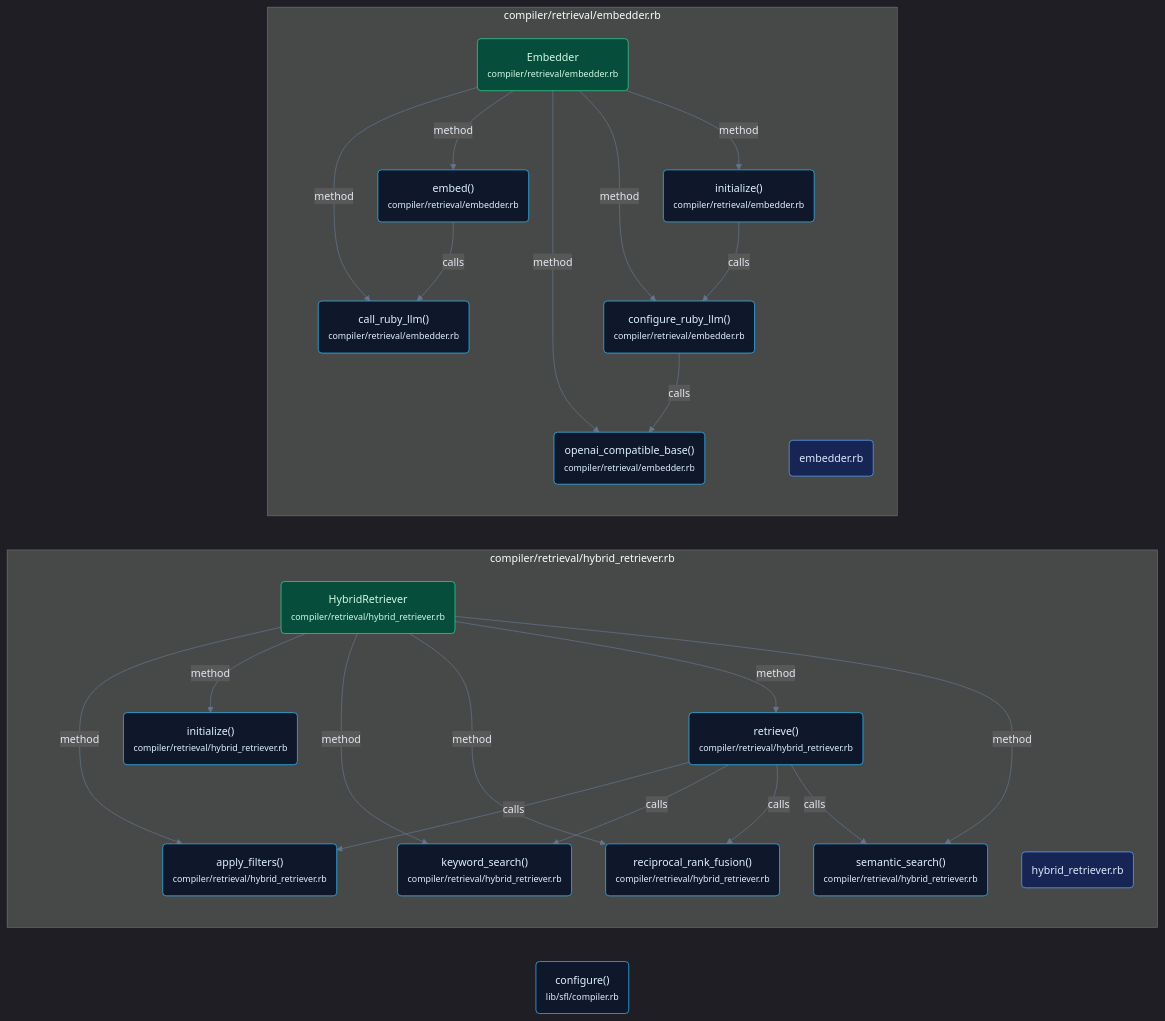
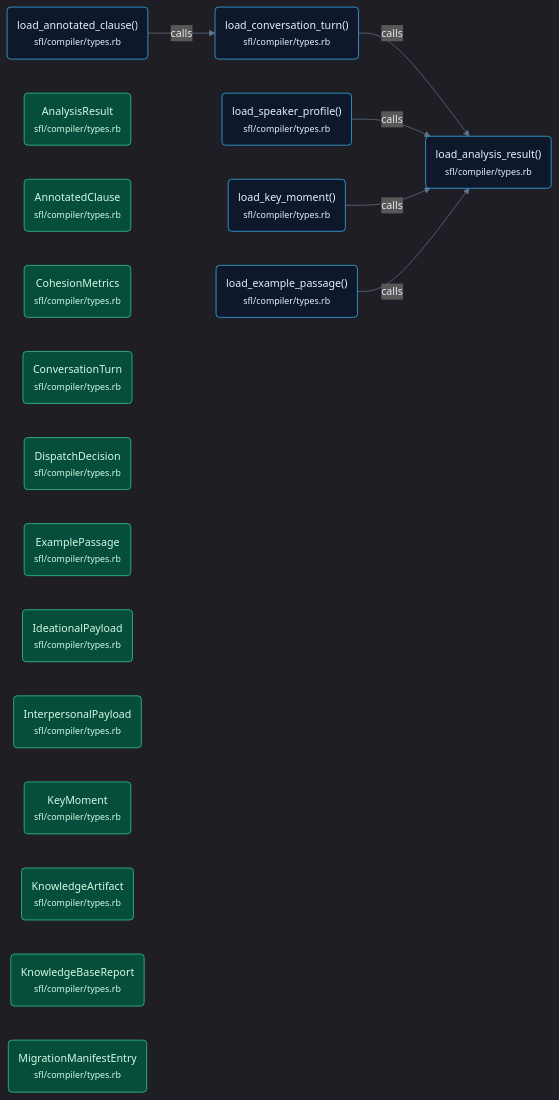
Before and after one commit to b08x/ruby-sfl-compiler: the diagram in docs/diagrams/callflow_7.mmd, drawn with Mermaid. The commit also changed 26 other files, not shown here.

First line of the commit message:
📝 docs: document modules, update architecture and roadmap

```diff
--- a/docs/diagrams/callflow_7.mmd
+++ b/docs/diagrams/callflow_7.mmd
@@ -1,66 +1,54 @@
 %%{init: {"theme": "dark", "themeVariables": {"fontSize": "15.0px", "fontFamily": "Segoe UI, system-ui, sans-serif", "primaryColor": "#1e293b", "primaryTextColor": "#e2e8f0", "primaryBorderColor": "#38bdf8", "secondaryColor": "#0f172a", "tertiaryColor": "#334155", "lineColor": "#64748b", "textColor": "#e2e8f0"}, "flowchart": {"htmlLabels": true, "curve": "basis", "nodeSpacing": 48, "rankSpacing": 64, "padding": 14, "diagramPadding": 10, "useMaxWidth": true}}}%%
 flowchart LR
-    %% Section: Serving API (16 nodes, 22 edges)
-    subgraph serve_api_compiler_retrieval_hybrid_retriever_rb_edab0fcc["compiler/retrieval/hybrid_retriever.rb"]
-        retrieval_hybrid_retriever_hybridretriever_be70b989("HybridRetriever<br/><small>compiler/retrieval/hybrid_retriever.rb</small>")
-        retrieval_hybrid_retriever_hybridretriever_retri_614a2f3b("retrieve()<br/><small>compiler/retrieval/hybrid_retriever.rb</small>")
-        retrieval_hybrid_retriever_hybridretriever_apply_95985841("apply_filters()<br/><small>compiler/retrieval/hybrid_retriever.rb</small>")
-        retrieval_hybrid_retriever_hybridretriever_initi_33e29682("initialize()<br/><small>compiler/retrieval/hybrid_retriever.rb</small>")
-        retrieval_hybrid_retriever_hybridretriever_keywo_b8a9169c("keyword_search()<br/><small>compiler/retrieval/hybrid_retriever.rb</small>")
-        retrieval_hybrid_retriever_hybridretriever_recip_07a4ff26("reciprocal_rank_fusion()<br/><small>compiler/retrieval/hybrid_retriever.rb</small>")
-        retrieval_hybrid_retriever_hybridretriever_seman_536c621c("semantic_search()<br/><small>compiler/retrieval/hybrid_retriever.rb</small>")
-        retrieval_hybrid_retriever_85ebcc67("hybrid_retriever.rb")
-    end
-    subgraph serve_api_compiler_retrieval_embedder_rb_f1a565d3["compiler/retrieval/embedder.rb"]
-        retrieval_embedder_embedder_18bbb897("Embedder<br/><small>compiler/retrieval/embedder.rb</small>")
-        retrieval_embedder_embedder_embed_63c12c1f("embed()<br/><small>compiler/retrieval/embedder.rb</small>")
-        retrieval_embedder_embedder_initialize_740507d3("initialize()<br/><small>compiler/retrieval/embedder.rb</small>")
-        retrieval_embedder_embedder_call_ruby_llm_df4ff24e("call_ruby_llm()<br/><small>compiler/retrieval/embedder.rb</small>")
-        retrieval_embedder_embedder_configure_ruby_llm_03dfcaa9("configure_ruby_llm()<br/><small>compiler/retrieval/embedder.rb</small>")
-        retrieval_embedder_embedder_openai_compatible_ba_530b291f("openai_compatible_base()<br/><small>compiler/retrieval/embedder.rb</small>")
-        retrieval_embedder_507174a5("embedder.rb")
-    end
-    sfl_compiler_configure_6d77cc62("configure()<br/><small>lib/sfl/compiler.rb</small>")
-    retrieval_embedder_embedder_18bbb897 -->|method| retrieval_embedder_embedder_call_ruby_llm_df4ff24e
-    retrieval_embedder_embedder_18bbb897 -->|method| retrieval_embedder_embedder_configure_ruby_llm_03dfcaa9
-    retrieval_embedder_embedder_18bbb897 -->|method| retrieval_embedder_embedder_embed_63c12c1f
-    retrieval_embedder_embedder_18bbb897 -->|method| retrieval_embedder_embedder_initialize_740507d3
-    retrieval_embedder_embedder_18bbb897 -->|method| retrieval_embedder_embedder_openai_compatible_ba_530b291f
-    retrieval_embedder_embedder_initialize_740507d3 -->|calls| retrieval_embedder_embedder_configure_ruby_llm_03dfcaa9
-    retrieval_embedder_embedder_embed_63c12c1f -->|calls| retrieval_embedder_embedder_call_ruby_llm_df4ff24e
-    retrieval_embedder_embedder_configure_ruby_llm_03dfcaa9 -->|calls| retrieval_embedder_embedder_openai_compatible_ba_530b291f
-    retrieval_hybrid_retriever_hybridretriever_be70b989 -->|method| retrieval_hybrid_retriever_hybridretriever_apply_95985841
-    retrieval_hybrid_retriever_hybridretriever_be70b989 -->|method| retrieval_hybrid_retriever_hybridretriever_initi_33e29682
-    retrieval_hybrid_retriever_hybridretriever_be70b989 -->|method| retrieval_hybrid_retriever_hybridretriever_keywo_b8a9169c
-    retrieval_hybrid_retriever_hybridretriever_be70b989 -->|method| retrieval_hybrid_retriever_hybridretriever_recip_07a4ff26
-    retrieval_hybrid_retriever_hybridretriever_be70b989 -->|method| retrieval_hybrid_retriever_hybridretriever_retri_614a2f3b
-    retrieval_hybrid_retriever_hybridretriever_be70b989 -->|method| retrieval_hybrid_retriever_hybridretriever_seman_536c621c
-    retrieval_hybrid_retriever_hybridretriever_retri_614a2f3b -->|calls| retrieval_hybrid_retriever_hybridretriever_apply_95985841
-    retrieval_hybrid_retriever_hybridretriever_retri_614a2f3b -->|calls| retrieval_hybrid_retriever_hybridretriever_keywo_b8a9169c
-    retrieval_hybrid_retriever_hybridretriever_retri_614a2f3b -->|calls| retrieval_hybrid_retriever_hybridretriever_recip_07a4ff26
-    retrieval_hybrid_retriever_hybridretriever_retri_614a2f3b -->|calls| retrieval_hybrid_retriever_hybridretriever_seman_536c621c
-    class retrieval_hybrid_retriever_hybridretriever_be70b989 klass;
-    class retrieval_hybrid_retriever_hybridretriever_retri_614a2f3b function;
-    class retrieval_hybrid_retriever_hybridretriever_apply_95985841 function;
-    class retrieval_hybrid_retriever_hybridretriever_initi_33e29682 function;
-    class retrieval_hybrid_retriever_hybridretriever_keywo_b8a9169c function;
-    class retrieval_hybrid_retriever_hybridretriever_recip_07a4ff26 function;
-    class retrieval_hybrid_retriever_hybridretriever_seman_536c621c function;
-    class retrieval_hybrid_retriever_85ebcc67 module;
-    class retrieval_embedder_embedder_18bbb897 klass;
-    class retrieval_embedder_embedder_embed_63c12c1f function;
-    class retrieval_embedder_embedder_initialize_740507d3 function;
-    class retrieval_embedder_embedder_call_ruby_llm_df4ff24e function;
-    class retrieval_embedder_embedder_configure_ruby_llm_03dfcaa9 function;
-    class retrieval_embedder_embedder_openai_compatible_ba_530b291f function;
-    class retrieval_embedder_507174a5 module;
-    class sfl_compiler_configure_6d77cc62 function;
+    %% Section: Topic Modeling (31 nodes, 35 edges)
+    compiler_types_load_annotated_clause_6124dd4c("load_annotated_clause()<br/><small>sfl/compiler/types.rb</small>")
+    compiler_types_load_example_passage_d5d404ae("load_example_passage()<br/><small>sfl/compiler/types.rb</small>")
+    compiler_types_load_key_moment_3ca406d6("load_key_moment()<br/><small>sfl/compiler/types.rb</small>")
+    compiler_types_load_speaker_profile_bd013460("load_speaker_profile()<br/><small>sfl/compiler/types.rb</small>")
+    compiler_types_load_conversation_turn_68ad87d2("load_conversation_turn()<br/><small>sfl/compiler/types.rb</small>")
+    compiler_types_load_analysis_result_21b27162("load_analysis_result()<br/><small>sfl/compiler/types.rb</small>")
+    compiler_types_analysisresult_7beff7c2("AnalysisResult<br/><small>sfl/compiler/types.rb</small>")
+    compiler_types_annotatedclause_ffd3d9b3("AnnotatedClause<br/><small>sfl/compiler/types.rb</small>")
+    compiler_types_cohesionmetrics_bf728e18("CohesionMetrics<br/><small>sfl/compiler/types.rb</small>")
+    compiler_types_conversationturn_3fe64342("ConversationTurn<br/><small>sfl/compiler/types.rb</small>")
+    compiler_types_dispatchdecision_5fa64a85("DispatchDecision<br/><small>sfl/compiler/types.rb</small>")
+    compiler_types_examplepassage_1bda8070("ExamplePassage<br/><small>sfl/compiler/types.rb</small>")
+    compiler_types_ideationalpayload_fdfaf973("IdeationalPayload<br/><small>sfl/compiler/types.rb</small>")
+    compiler_types_interpersonalpayload_09352c53("InterpersonalPayload<br/><small>sfl/compiler/types.rb</small>")
+    compiler_types_keymoment_0c86f98e("KeyMoment<br/><small>sfl/compiler/types.rb</small>")
+    compiler_types_knowledgeartifact_752c3daa("KnowledgeArtifact<br/><small>sfl/compiler/types.rb</small>")
+    compiler_types_knowledgebasereport_b6e407d9("KnowledgeBaseReport<br/><small>sfl/compiler/types.rb</small>")
+    compiler_types_migrationmanifestentry_b921c516("MigrationManifestEntry<br/><small>sfl/compiler/types.rb</small>")
+    compiler_types_load_annotated_clause_6124dd4c -->|calls| compiler_types_load_conversation_turn_68ad87d2
+    compiler_types_load_conversation_turn_68ad87d2 -->|calls| compiler_types_load_analysis_result_21b27162
+    compiler_types_load_speaker_profile_bd013460 -->|calls| compiler_types_load_analysis_result_21b27162
+    compiler_types_load_key_moment_3ca406d6 -->|calls| compiler_types_load_analysis_result_21b27162
+    compiler_types_load_example_passage_d5d404ae -->|calls| compiler_types_load_analysis_result_21b27162
+    %% Omitted for readability: 13 nodes, 0 edges
+    class compiler_types_load_annotated_clause_6124dd4c function;
+    class compiler_types_load_example_passage_d5d404ae function;
+    class compiler_types_load_key_moment_3ca406d6 function;
+    class compiler_types_load_speaker_profile_bd013460 function;
+    class compiler_types_load_conversation_turn_68ad87d2 function;
+    class compiler_types_load_analysis_result_21b27162 function;
+    class compiler_types_analysisresult_7beff7c2 klass;
+    class compiler_types_annotatedclause_ffd3d9b3 klass;
+    class compiler_types_cohesionmetrics_bf728e18 klass;
+    class compiler_types_conversationturn_3fe64342 klass;
+    class compiler_types_dispatchdecision_5fa64a85 klass;
+    class compiler_types_examplepassage_1bda8070 klass;
+    class compiler_types_ideationalpayload_fdfaf973 klass;
+    class compiler_types_interpersonalpayload_09352c53 klass;
+    class compiler_types_keymoment_0c86f98e klass;
+    class compiler_types_knowledgeartifact_752c3daa klass;
+    class compiler_types_knowledgebasereport_b6e407d9 klass;
+    class compiler_types_migrationmanifestentry_b921c516 klass;
     classDef entry fill:#422006,stroke:#fbbf24,color:#fde68a,stroke-width:1px;
     classDef api fill:#450a0a,stroke:#f87171,color:#fee2e2,stroke-width:1px;
     classDef async fill:#2e1065,stroke:#a78bfa,color:#ede9fe,stroke-width:1px;
     classDef klass fill:#064e3b,stroke:#34d399,color:#d1fae5,stroke-width:1px;
     classDef ui fill:#831843,stroke:#f472b6,color:#fce7f3,stroke-width:1px;
     classDef module fill:#172554,stroke:#60a5fa,color:#dbeafe,stroke-width:1px;
     classDef test fill:#3f3f46,stroke:#a1a1aa,color:#f4f4f5,stroke-width:1px;
     classDef concept fill:#292524,stroke:#a8a29e,color:#fafaf9,stroke-dasharray:4 3;
     classDef function fill:#0f172a,stroke:#38bdf8,color:#e0f2fe,stroke-width:1px;
```
